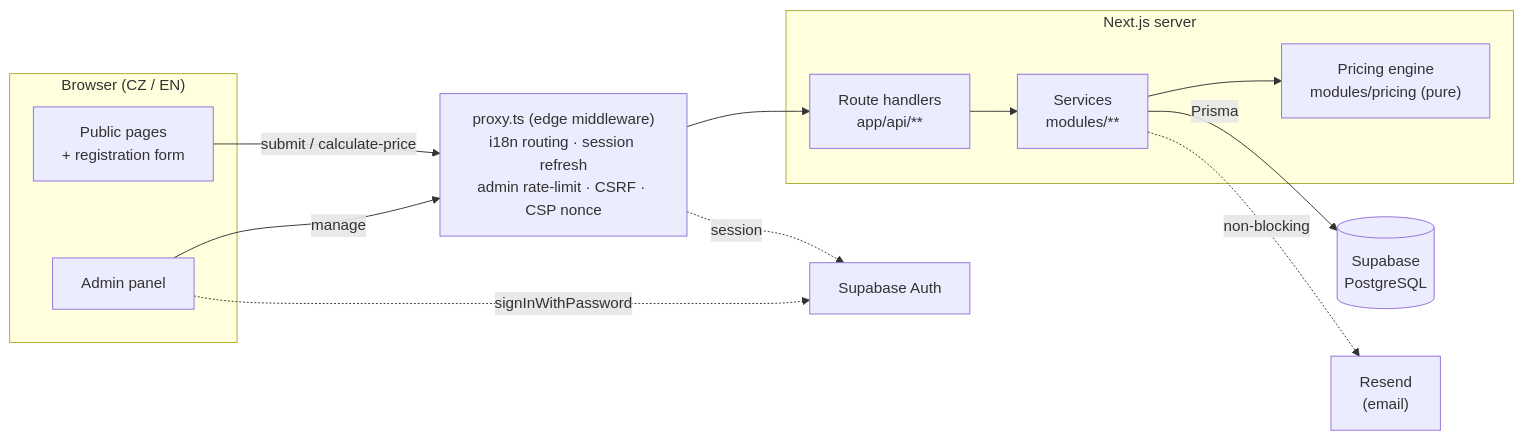
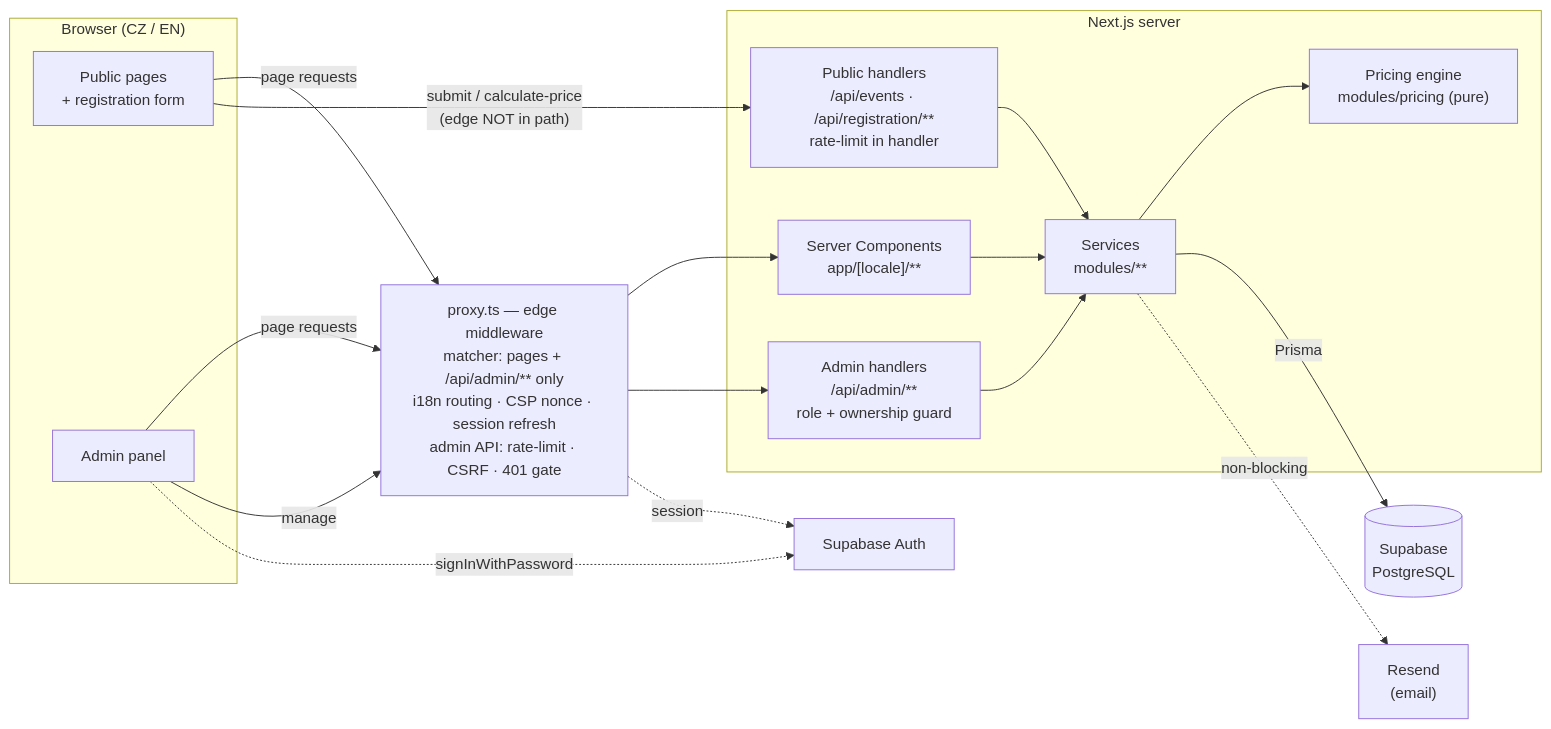
One commit to Martin8O/Registrace changed the diagram in README.md. Above: the diagram before and after it, drawn with Mermaid. The commit also changed other lines of this file and 3 other files, not shown here.

````diff
--- a/README.md
+++ b/README.md
@@ -233,29 +233,36 @@
 ```mermaid
 flowchart LR
     subgraph Client["Browser (CZ / EN)"]
         Pub["Public pages<br/>+ registration form"]
         Adm["Admin panel"]
     end
 
-    Edge["proxy.ts (edge middleware)<br/>i18n routing · session refresh<br/>admin rate‑limit · CSRF · CSP nonce"]
+    Edge["proxy.ts — edge middleware<br/>matcher: pages + /api/admin/** only<br/>i18n routing · CSP nonce · session refresh<br/>admin API: rate-limit · CSRF · 401 gate"]
 
     subgraph Next["Next.js server"]
-        API["Route handlers<br/>app/api/**"]
+        Pages["Server Components<br/>app/[locale]/**"]
+        PubAPI["Public handlers<br/>/api/events · /api/registration/**<br/>rate-limit in handler"]
+        AdmAPI["Admin handlers<br/>/api/admin/**<br/>role + ownership guard"]
         SVC["Services<br/>modules/**"]
         Price["Pricing engine<br/>modules/pricing (pure)"]
     end
 
     DB[("Supabase<br/>PostgreSQL")]
     AuthSvc["Supabase Auth"]
     Mail["Resend<br/>(email)"]
 
-    Pub -->|"submit / calculate-price"| Edge
+    Pub -->|"page requests"| Edge
+    Adm -->|"page requests"| Edge
+    Edge --> Pages
     Adm -->|"manage"| Edge
-    Edge --> API
-    API --> SVC
+    Edge --> AdmAPI
+    Pub -->|"submit / calculate-price<br/>(edge NOT in path)"| PubAPI
+    Pages --> SVC
+    PubAPI --> SVC
+    AdmAPI --> SVC
     SVC --> Price
     SVC -->|Prisma| DB
     Adm -.->|"signInWithPassword"| AuthSvc
     Edge -.->|"session"| AuthSvc
     SVC -.->|"non-blocking"| Mail
 ```
````
